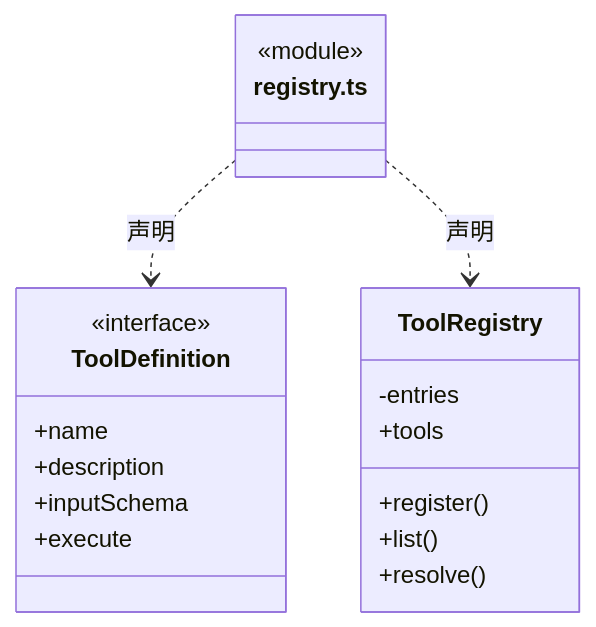
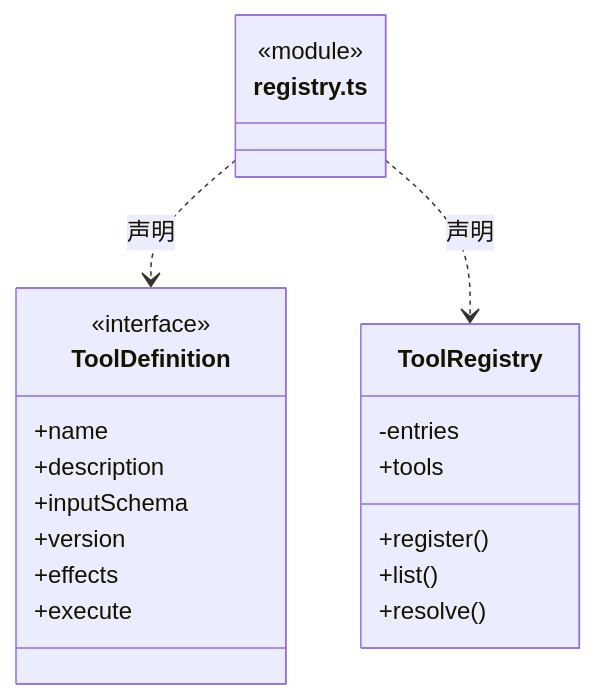
Before and after one commit to nan023062/cbim: the third of 6 diagrams in src/backend/core/tools/ARCHITECTURE.md, drawn with Mermaid. The commit also changed other lines of this file and 33 other files, not shown here.

````diff
--- a/src/backend/core/tools/ARCHITECTURE.md
+++ b/src/backend/core/tools/ARCHITECTURE.md
@@ -43,22 +55,24 @@
 ```mermaid
 classDiagram
 class N_src_backend_core_tools_registry_ts["registry.ts"] {
   <<module>>
 }
 class N_src_backend_core_tools_registry_ts_ToolDefinition["ToolDefinition"] {
   <<interface>>
   +name
   +description
   +inputSchema
+  +version
+  +effects
   +execute
 }
 N_src_backend_core_tools_registry_ts ..> N_src_backend_core_tools_registry_ts_ToolDefinition : 声明
 class N_src_backend_core_tools_registry_ts_ToolRegistry["ToolRegistry"] {
   -entries
   +tools
   +register()
   +list()
   +resolve()
 }
 N_src_backend_core_tools_registry_ts ..> N_src_backend_core_tools_registry_ts_ToolRegistry : 声明
 ```
````
